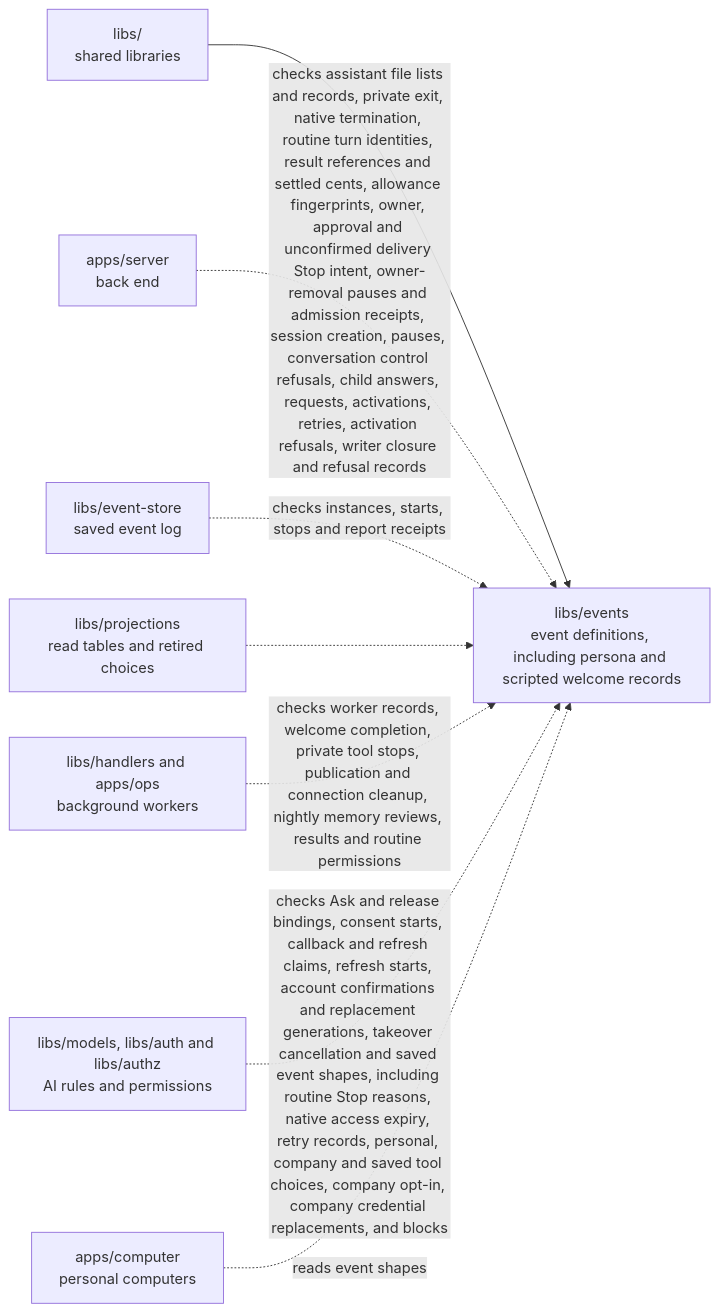
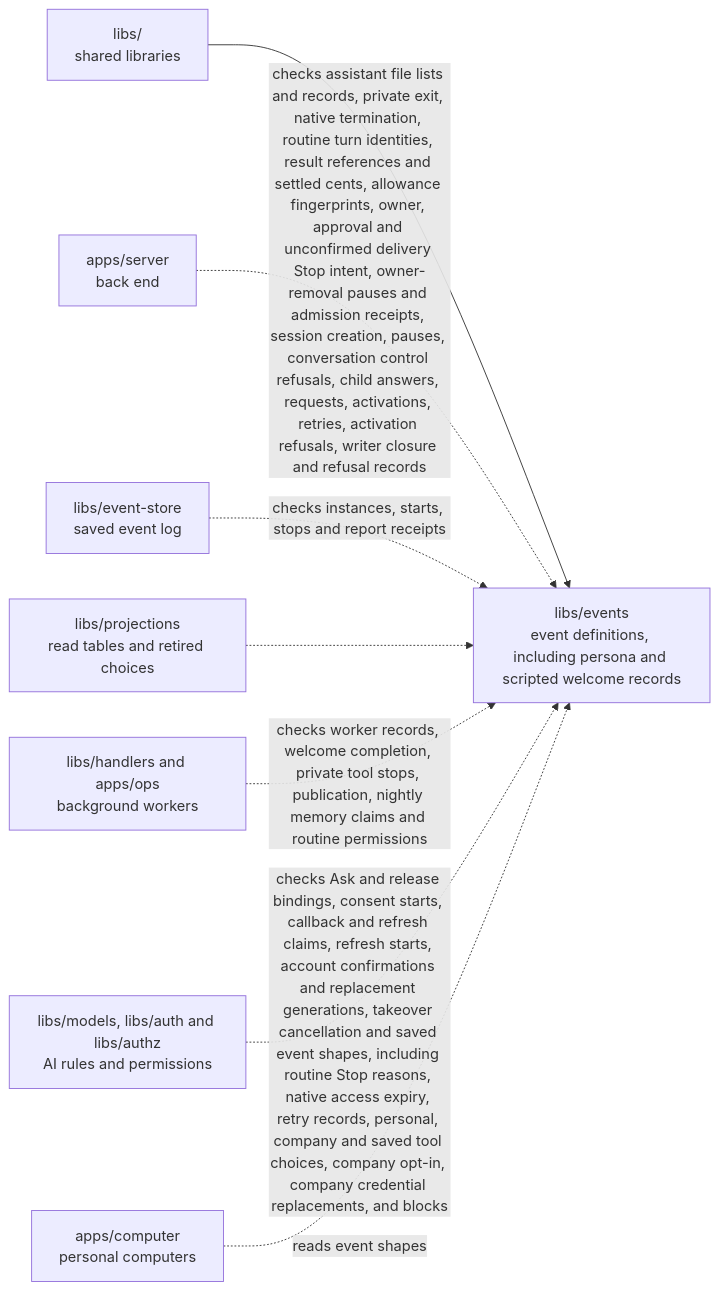
The diagram in libs/events/README.md (elewa-git/opencrane-new), drawn with Mermaid before and after one commit. The commit also changed other lines of this file and 19 other files, not shown here.

Commit message:
🌙 Admit one checked nightly memory root allowance

````diff
--- a/libs/events/README.md
+++ b/libs/events/README.md
@@ -59,10 +59,10 @@
 ```mermaid
 flowchart LR
   parent["libs/<br/>shared libraries"] --> events["libs/events<br/>event definitions, including persona and scripted welcome records"]
   server["apps/server<br/>back end"] -.->|checks assistant file lists and records, private exit, native termination, routine turn identities, result references and settled cents, allowance fingerprints, owner, approval and unconfirmed delivery Stop intent, owner-removal pauses and admission receipts, session creation, pauses, conversation control refusals, child answers, requests, activations, retries, activation refusals, writer closure and refusal records| events
   store["libs/event-store<br/>saved event log"] -.->|checks instances, starts, stops and report receipts| events
   projections["libs/projections<br/>read tables and retired choices"] -.-> events
-  workers["libs/handlers and apps/ops<br/>background workers"] -.->|checks worker records, welcome completion, private tool stops, publication and connection cleanup, nightly memory reviews, results and routine permissions| events
+  workers["libs/handlers and apps/ops<br/>background workers"] -.->|checks worker records, welcome completion, private tool stops, publication, nightly memory claims and routine permissions| events
   models["libs/models, libs/auth and libs/authz<br/>AI rules and permissions"] -.->|checks Ask and release bindings, consent starts, callback and refresh claims, refresh starts, account confirmations and replacement generations, takeover cancellation and saved event shapes, including routine Stop reasons, native access expiry, retry records, personal, company and saved tool choices, company opt-in, company credential replacements, and blocks| events
   computer["apps/computer<br/>personal computers"] -.->|reads event shapes| events
 ```
````
